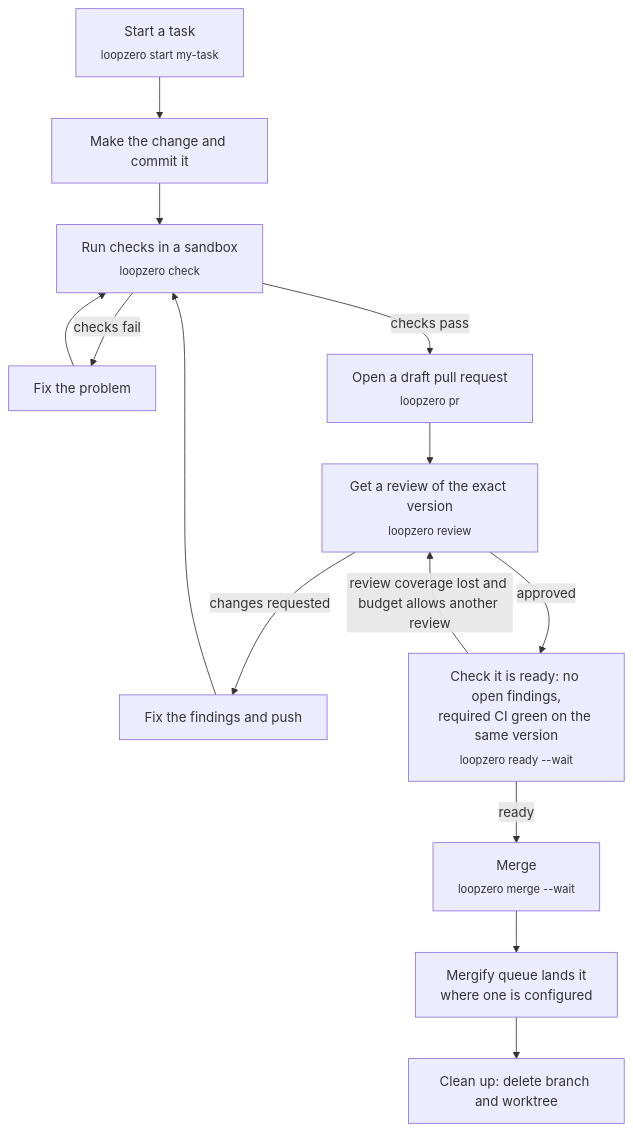
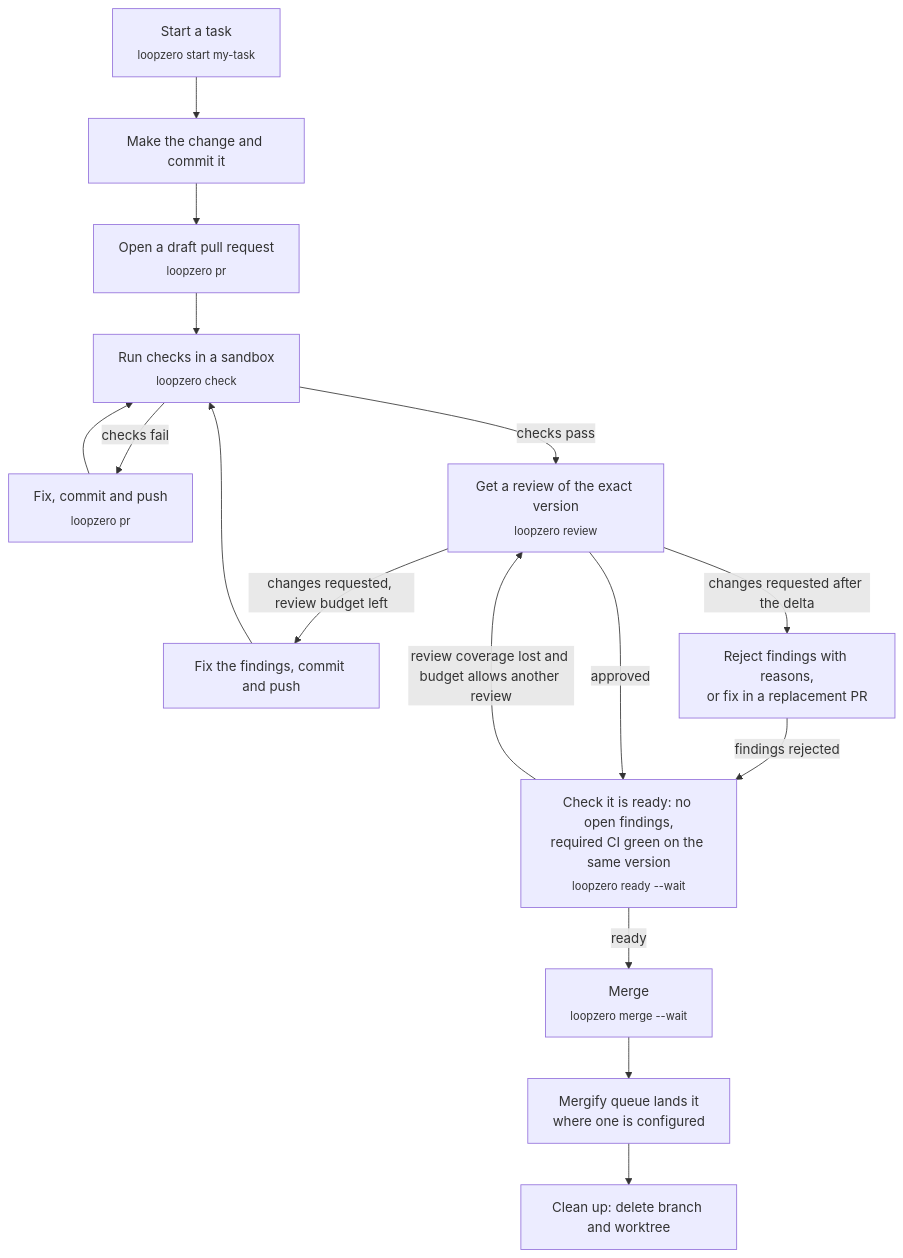
The first of 3 diagrams in docs/WORKFLOW.md (feder-positronics/loop-zero), drawn with Mermaid before and after one commit. The commit also changed other lines of this file and 6 other files, not shown here.

First line of the commit message:
Settle round-2 doc findings: draft first, worker heading, holds, dead text (#2049)

````diff
--- a/docs/WORKFLOW.md
+++ b/docs/WORKFLOW.md
@@ -9,16 +9,18 @@
 ```mermaid
 flowchart TD
     A["Start a task<br/><sub>loopzero start my-task</sub>"] --> B["Make the change and commit it"]
-    B --> C["Run checks in a sandbox<br/><sub>loopzero check</sub>"]
-    C -->|checks fail| D["Fix the problem"]
+    B --> E["Open a draft pull request<br/><sub>loopzero pr</sub>"]
+    E --> C["Run checks in a sandbox<br/><sub>loopzero check</sub>"]
+    C -->|checks fail| D["Fix, commit and push<br/><sub>loopzero pr</sub>"]
     D --> C
-    C -->|checks pass| E["Open a draft pull request<br/><sub>loopzero pr</sub>"]
-    E --> F["Get a review of the exact version<br/><sub>loopzero review</sub>"]
-    F -->|changes requested| G["Fix the findings and push"]
+    C -->|checks pass| F["Get a review of the exact version<br/><sub>loopzero review</sub>"]
+    F -->|changes requested, review budget left| G["Fix the findings, commit and push"]
     G --> C
+    F -->|changes requested after the delta| R["Reject findings with reasons,<br/>or fix in a replacement PR"]
+    R -->|findings rejected| H
     F -->|approved| H["Check it is ready: no open findings,<br/>required CI green on the same version<br/><sub>loopzero ready --wait</sub>"]
     H -->|review coverage lost and budget allows another review| F
     H -->|ready| I["Merge<br/><sub>loopzero merge --wait</sub>"]
     I --> J["Mergify queue lands it<br/>where one is configured"]
     J --> K["Clean up: delete branch and worktree"]
 ```
````
